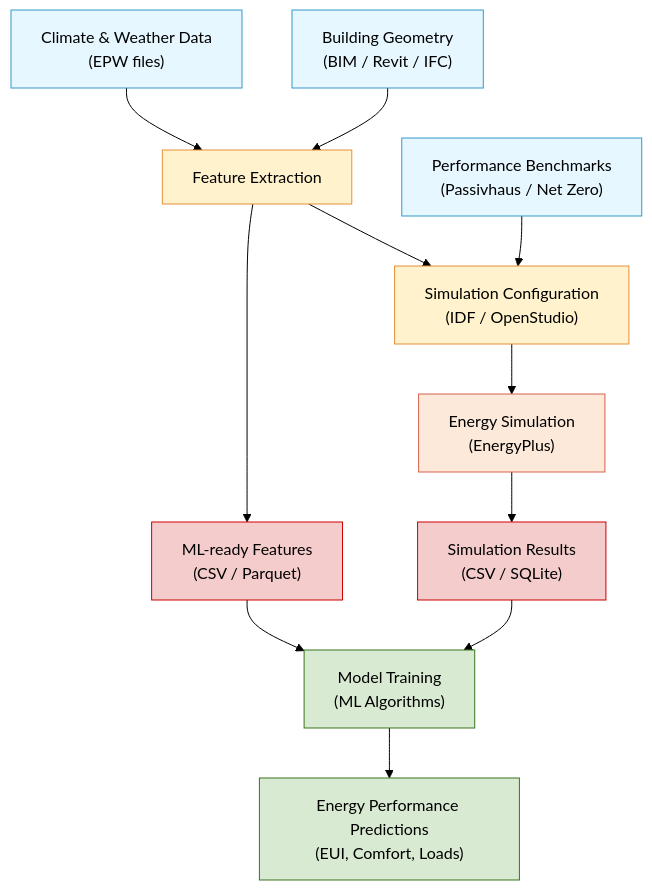
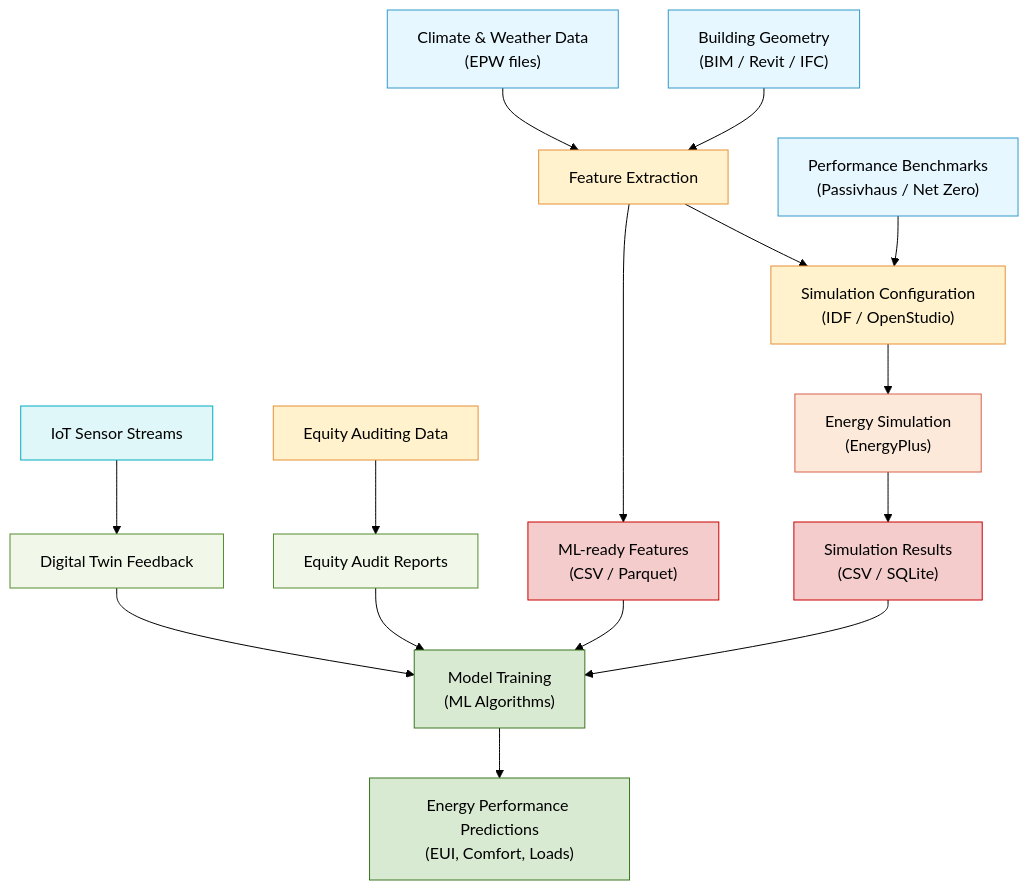
Before and after one commit to rossedward-arch/ml-generative-energy-design: the first of 6 diagrams in docs/methodology.md, drawn with Mermaid (forest theme). The commit also changed other lines of this file and 3 other files, not shown here.

````diff
--- a/docs/methodology.md
+++ b/docs/methodology.md
@@ -33,28 +74,32 @@
 ```mermaid
 flowchart TD
     A["Building Geometry\n(BIM / Revit / IFC)"] --> B["Feature Extraction"]
+    E["Climate & Weather Data\n(EPW files)"] --> B
+    X["IoT Sensor Streams"] --> K["Digital Twin Feedback"]
+    Y["Equity Auditing Data"] --> L["Equity Audit Reports"]
     B --> C["Simulation Configuration\n(IDF / OpenStudio)"]
+    F["Performance Benchmarks\n(Passivhaus / Net Zero)"] --> C
     C --> D["Energy Simulation\n(EnergyPlus)"]
-
-    E["Climate & Weather Data\n(EPW files)"] --> B
-    F["Performance Benchmarks\n(Passivhaus / Net Zero)"] --> C
-
     D --> G["Simulation Results\n(CSV / SQLite)"]
     B --> H["ML-ready Features\n(CSV / Parquet)"]
-
     G --> I["Model Training\n(ML Algorithms)"]
     H --> I
-
     I --> J["Energy Performance Predictions\n(EUI, Comfort, Loads)"]
+    K --> I
+    L --> I
 
     style A fill:#e6f7ff,stroke:#3399cc,color:#000000
     style E fill:#e6f7ff,stroke:#3399cc,color:#000000
     style F fill:#e6f7ff,stroke:#3399cc,color:#000000
+    style X fill:#e0f7fa,stroke:#00acc1,color:#000000
+    style Y fill:#fff2cc,stroke:#e69138,color:#000000
     style B fill:#fff2cc,stroke:#e69138,color:#000000
     style C fill:#fff2cc,stroke:#e69138,color:#000000
     style D fill:#fde9d9,stroke:#d6604d,color:#000000
     style G fill:#f4cccc,stroke:#cc0000,color:#000000
     style H fill:#f4cccc,stroke:#cc0000,color:#000000
     style I fill:#d9ead3,stroke:#38761d,color:#000000
     style J fill:#d9ead3,stroke:#38761d,color:#000000
+    style K fill:#f1f8e9,stroke:#558b2f,color:#000000
+    style L fill:#f1f8e9,stroke:#558b2f,color:#000000
 ```
````
